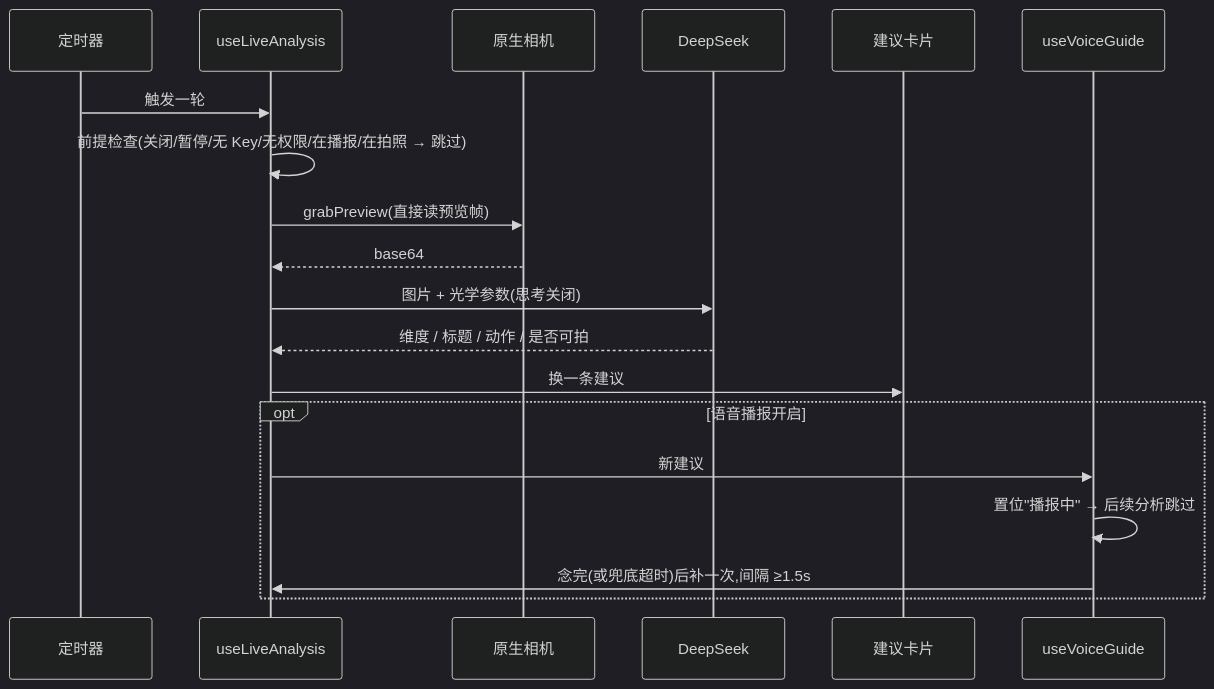
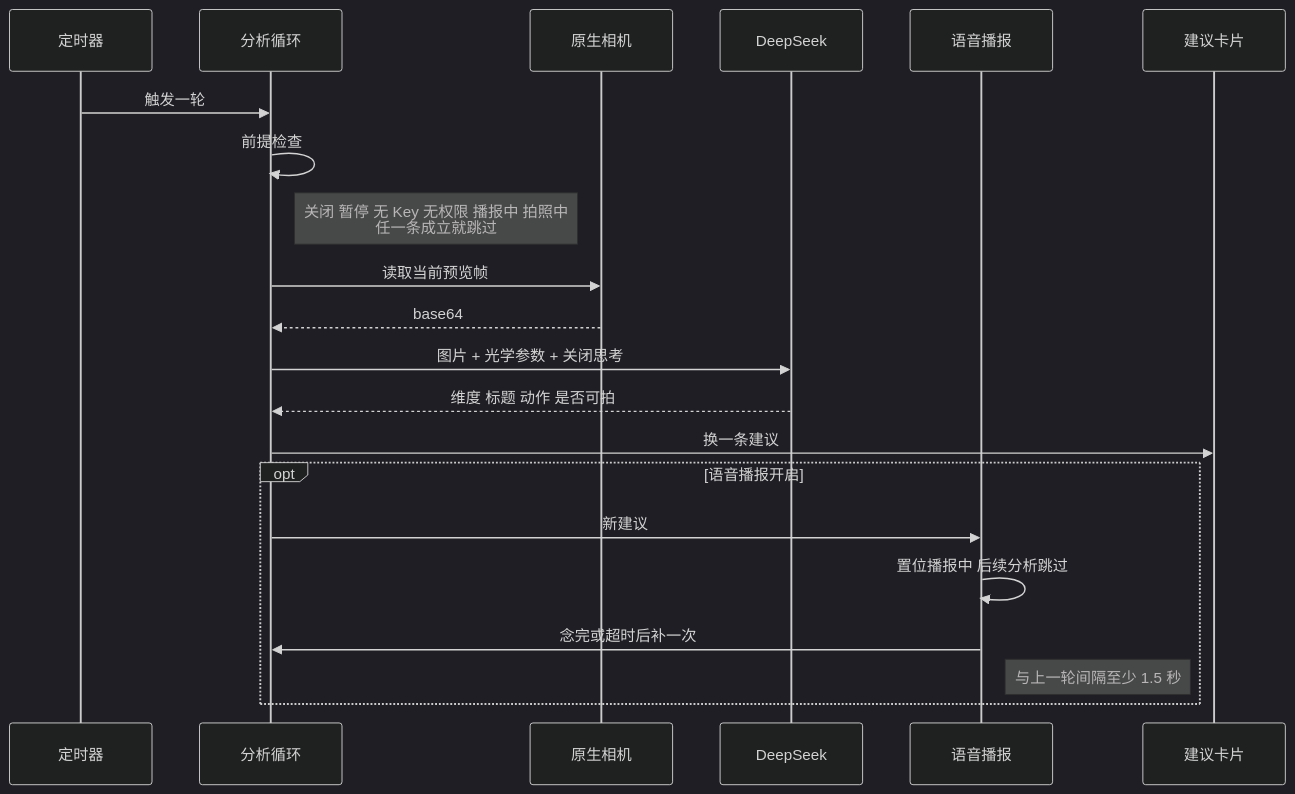
One commit to summerfallenleaves/ai-guide-photo changed the second of 3 diagrams in docs/ARCHITECTURE.md. Above: the diagram before and after it, drawn with Mermaid (dark theme). The commit also changed other lines of this file, not shown here.

Commit message:
docs: 架构图改回 Mermaid 并简化为保守语法(去掉 subgraph 与标签内特殊字符)

````diff
--- a/docs/ARCHITECTURE.md
+++ b/docs/ARCHITECTURE.md
@@ -71,22 +47,24 @@
 ```mermaid
 sequenceDiagram
-  participant T as 定时器
-  participant L as useLiveAnalysis
-  participant N as 原生相机
-  participant D as DeepSeek
-  participant UI as 建议卡片
-  participant V as useVoiceGuide
+    participant T as 定时器
+    participant L as 分析循环
+    participant N as 原生相机
+    participant D as DeepSeek
+    participant V as 语音播报
+    participant C as 建议卡片
 
-  T->>L: 触发一轮
-  L->>L: 前提检查(关闭/暂停/无 Key/无权限/在播报/在拍照 → 跳过)
-  L->>N: grabPreview(直接读预览帧)
-  N-->>L: base64
-  L->>D: 图片 + 光学参数(思考关闭)
-  D-->>L: 维度 / 标题 / 动作 / 是否可拍
-  L->>UI: 换一条建议
-  opt 语音播报开启
-    L->>V: 新建议
-    V->>V: 置位"播报中" → 后续分析跳过
-    V->>L: 念完(或兜底超时)后补一次,间隔 ≥1.5s
-  end
+    T->>L: 触发一轮
+    L->>L: 前提检查
+    Note right of L: 关闭 暂停 无 Key 无权限 播报中 拍照中<br/>任一条成立就跳过
+    L->>N: 读取当前预览帧
+    N-->>L: base64
+    L->>D: 图片 + 光学参数 + 关闭思考
+    D-->>L: 维度 标题 动作 是否可拍
+    L->>C: 换一条建议
+    opt 语音播报开启
+        L->>V: 新建议
+        V->>V: 置位播报中 后续分析跳过
+        V->>L: 念完或超时后补一次
+        Note right of V: 与上一轮间隔至少 1.5 秒
+    end
 ```
````
